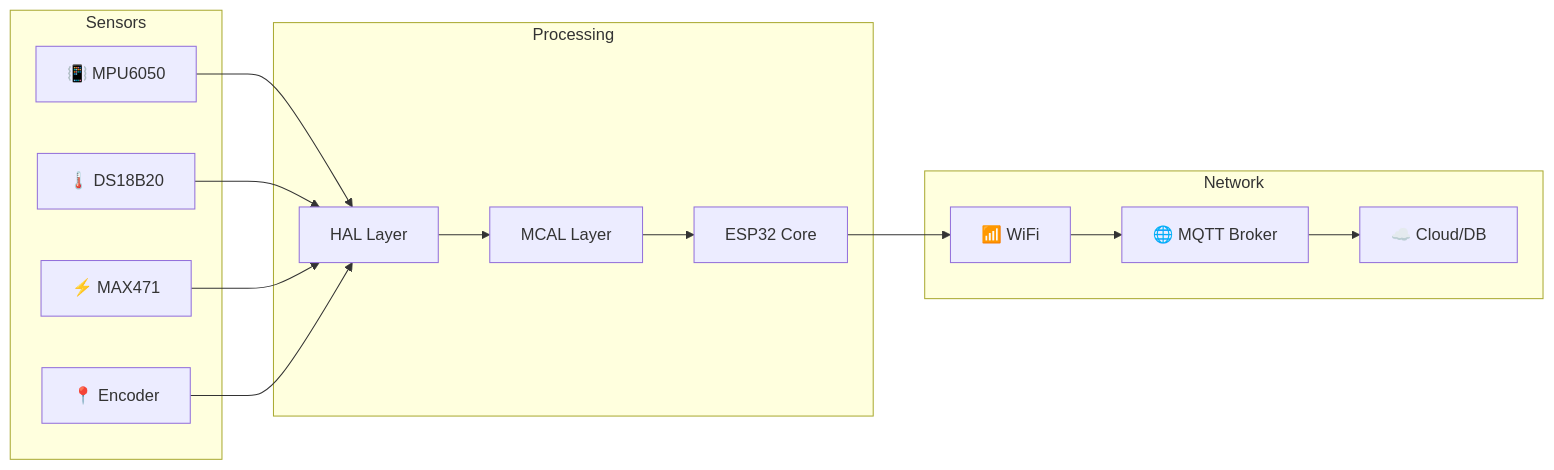
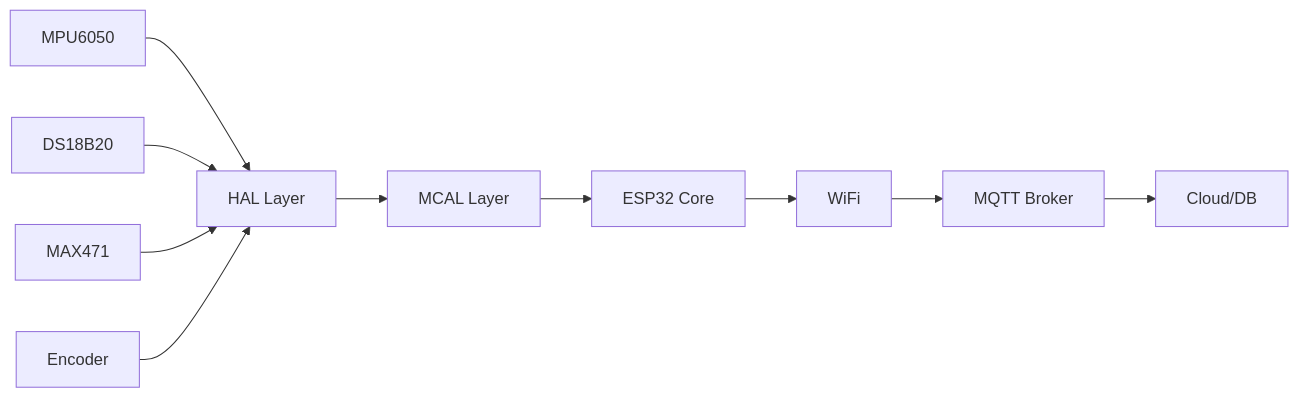
One commit to abdo-sayed1/Industrial_Predictive_Maintenance_AIoT changed the fourth of 9 diagrams in README.md. Above: the diagram before and after it, drawn with Mermaid. The commit also changed other lines of this file, not shown here.

````diff
--- a/README.md
+++ b/README.md
@@ -339,33 +258,12 @@
 ```mermaid
 graph LR
-    subgraph "Sensors"
-        S1[📳 MPU6050]
-        S2[🌡️ DS18B20]
-        S3[⚡ MAX471]
-        S4[📍 Encoder]
-    end
-    
-    subgraph "Processing"
-        P1[HAL Layer]
-        P2[MCAL Layer]
-        P3[ESP32 Core]
-    end
-    
-    subgraph "Network"
-        N1[📶 WiFi]
-        N2[🌐 MQTT Broker]
-        N3[☁️ Cloud/DB]
-    end
-    
-    S1 --> P1
-    S2 --> P1
-    S3 --> P1
-    S4 --> P1
-    
-    P1 --> P2
-    P2 --> P3
-    
-    P3 --> N1
-    N1 --> N2
-    N2 --> N3
+    S1[MPU6050] --> P1[HAL Layer]
+    S2[DS18B20] --> P1
+    S3[MAX471] --> P1
+    S4[Encoder] --> P1
+    P1 --> P2[MCAL Layer]
+    P2 --> P3[ESP32 Core]
+    P3 --> N1[WiFi]
+    N1 --> N2[MQTT Broker]
+    N2 --> N3[Cloud/DB]
 ```
````
